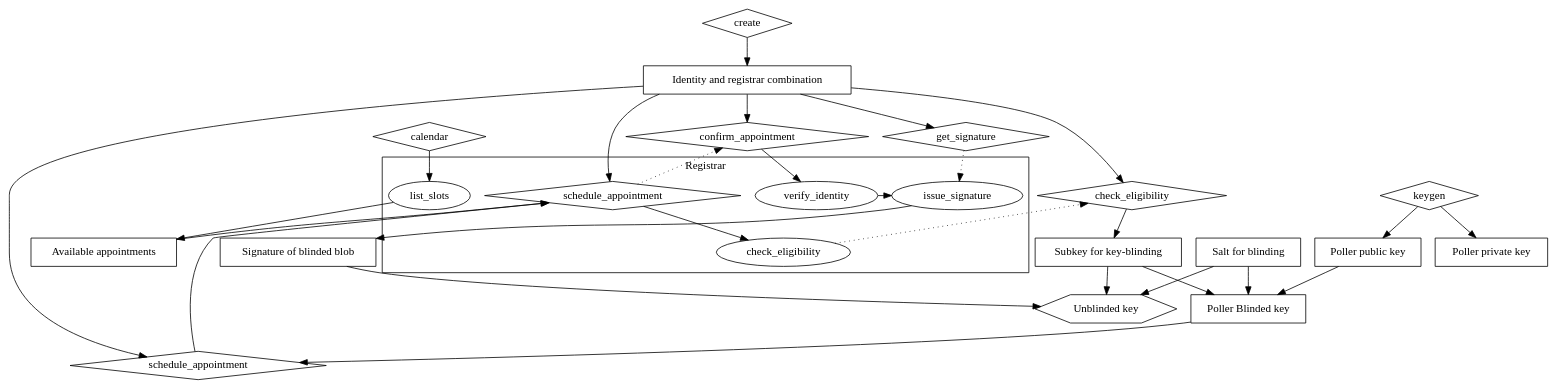
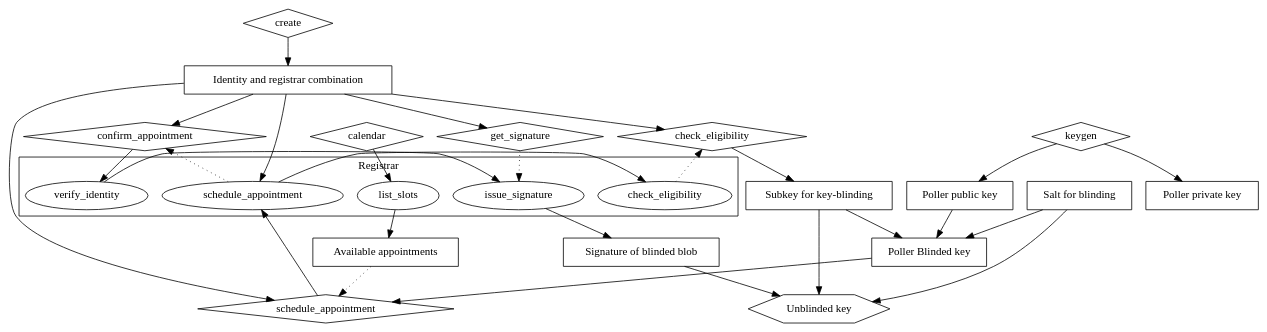
The diagram in doc/securepolling.dot (securepollingsystem/securepolling), drawn with Graphviz before and after one commit.

```diff
--- a/doc/securepolling.dot
+++ b/doc/securepolling.dot
@@ -1,67 +1,66 @@
 // Registrar process
 digraph {
   subgraph cluster_Registrar {
     label="Registrar"
     r_list_slots [label="list_slots"]
     r_schedule_appointment [label="schedule_appointment"]
     r_verify_identity [label="verify_identity"]
     r_check_eligibility [label="check_eligibility"]
     r_issue_signature [label="issue_signature"]
+    r_schedule_appointment -> r_check_eligibility [constraint="false"]
     r_verify_identity -> r_issue_signature [constraint="false"]
   }
 
   // Step 1
   create [shape="diamond"]
   Identity [label="Identity and registrar combination" shape="box"]
 
   create -> Identity
 
   keygen [shape="diamond"]
   Public [label="Poller public key" shape="box"]
   Private [label="Poller private key" shape="box"]
 
   keygen -> Public
   keygen -> Private
 
   calendar [shape="diamond"]
   Appointments [label="Available appointments" shape="box"]
   calendar -> r_list_slots -> Appointments
 
-  Appointments -> r_schedule_appointment
+  Appointments -> schedule_appointment [style="dotted"]
   Identity -> r_schedule_appointment
-  r_schedule_appointment [shape="diamond"]
-  r_schedule_appointment -> r_check_eligibility // [label="Request acknowledgement of eligibility"]
 
   CheckEligibility [label="check_eligibility" shape="diamond"]
   r_check_eligibility -> CheckEligibility [style="dotted"]
   Identity -> CheckEligibility -> Subkey
 
   Subkey [label="Subkey for key-blinding" shape="box"]
   Salt [label="Salt for blinding" shape="box"]
 
   Blinded [label="Poller Blinded key" shape="box"]
   Subkey -> Blinded
   Salt -> Blinded
   Public -> Blinded
 
   schedule_appointment [shape="diamond"]
   Identity -> schedule_appointment
   Blinded  -> schedule_appointment -> r_schedule_appointment
   r_schedule_appointment -> confirm_appointment [style="dotted"]
   Identity -> confirm_appointment
   confirm_appointment [shape="diamond"]
 
   // Step 2
   confirm_appointment -> r_verify_identity
   Identity -> get_signature
   get_signature [shape="diamond"]
   get_signature -> r_issue_signature [style=dotted]
   r_issue_signature -> SignedBlinded
   SignedBlinded [label="Signature of blinded blob" shape="box"]
 
   Salt -> Unblinded
   Subkey -> Unblinded
   SignedBlinded -> Unblinded
 
   Unblinded [shape="hexagon" label="Unblinded key"]
 }
```
